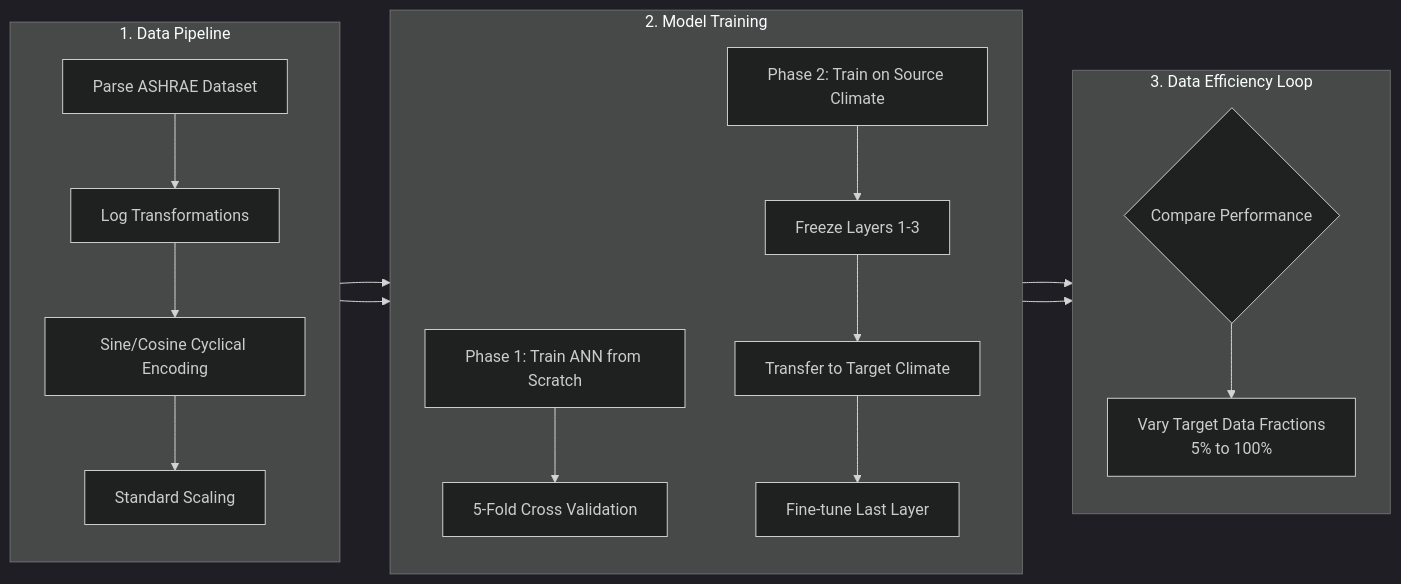
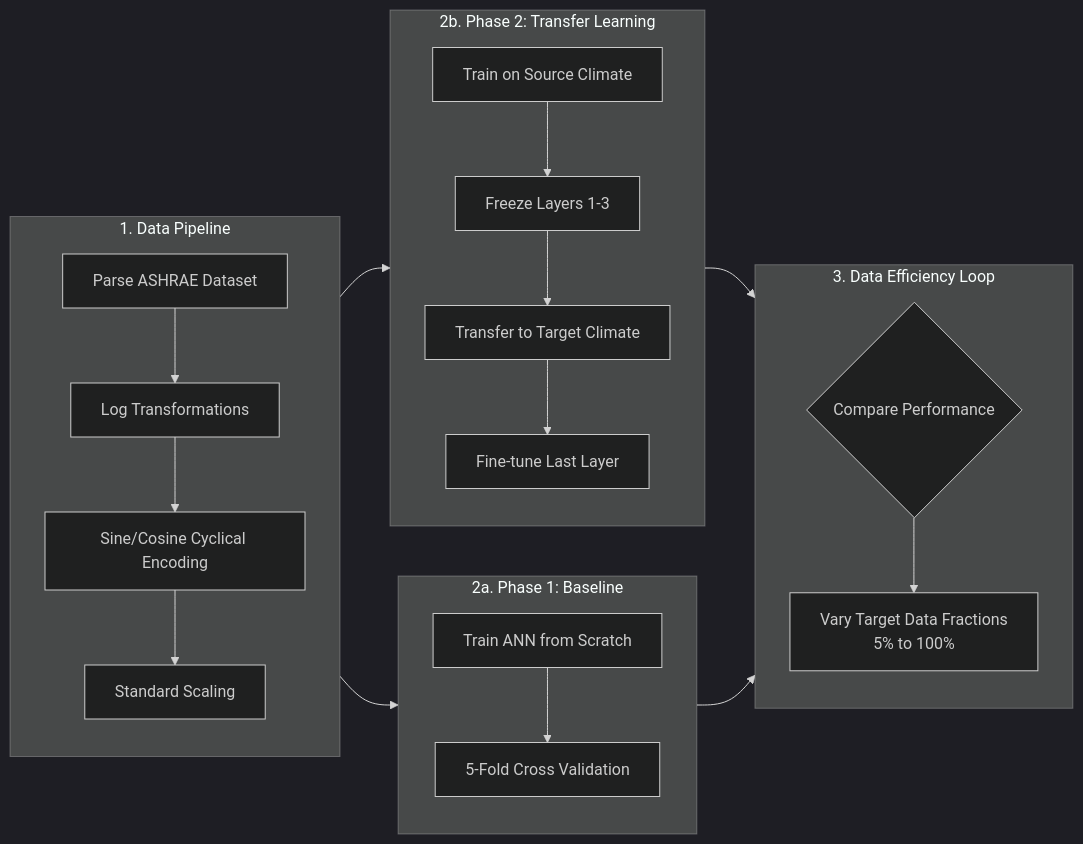
The diagram in PPT_CONTENT.md (shreeyadav06/NZEB-ANN), drawn with Mermaid (dark theme) before and after one commit.

Commit message:
Separate Phase 1 and Phase 2 into distinct bounding boxes in Mermaid diagram

````diff
--- a/PPT_CONTENT.md
+++ b/PPT_CONTENT.md
@@ -39,28 +39,31 @@
 ```mermaid
 graph LR
     subgraph Pipeline [1. Data Pipeline]
         direction TB
         A[Parse ASHRAE Dataset] --> B[Log Transformations]
         B --> C[Sine/Cosine Cyclical Encoding]
         C --> D[Standard Scaling]
     end
     
-    subgraph Training [2. Model Training]
+    subgraph Phase1 [2a. Phase 1: Baseline]
         direction TB
-        E[Phase 1: Train ANN from Scratch] --> F[5-Fold Cross Validation]
-        
-        G[Phase 2: Train on Source Climate] --> H[Freeze Layers 1-3]
+        E[Train ANN from Scratch] --> F[5-Fold Cross Validation]
+    end
+    
+    subgraph Phase2 [2b. Phase 2: Transfer Learning]
+        direction TB
+        G[Train on Source Climate] --> H[Freeze Layers 1-3]
         H --> I[Transfer to Target Climate]
         I --> J[Fine-tune Last Layer]
     end
     
     subgraph Evaluation [3. Data Efficiency Loop]
         direction TB
         K{Compare Performance} --> L[Vary Target Data Fractions<br/>5% to 100%]
     end
 
     D --> E
     D --> G
     F --> K
     J --> K
 ```
````
